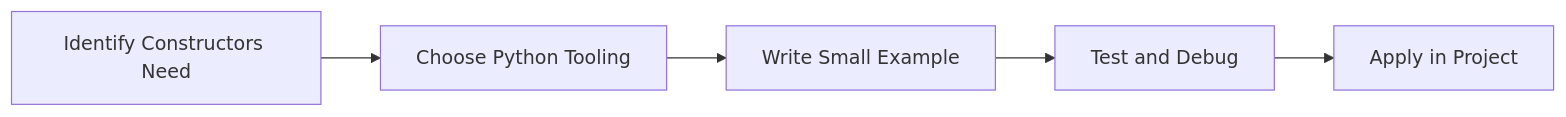
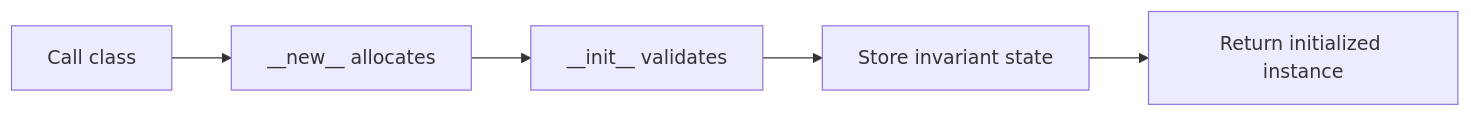
The diagram in Python-Mastery/Intermediate/04-constructors.md (SYMOIZ/E-Learning-Portal), drawn with Mermaid before and after one commit. The commit also changed other lines of this file and 116 other files, not shown here.

````diff
--- a/Python-Mastery/Intermediate/04-constructors.md
+++ b/Python-Mastery/Intermediate/04-constructors.md
@@ -150,7 +152,7 @@
 ```mermaid
 flowchart LR
-    A[Identify Constructors Need] --> B[Choose Python Tooling]
-    B --> C[Write Small Example]
-    C --> D[Test and Debug]
-    D --> E[Apply in Project]
+    A[Call class] --> B[__new__ allocates]
+    B --> C[__init__ validates]
+    C --> D[Store invariant state]
+    D --> E[Return initialized instance]
 ```
````
